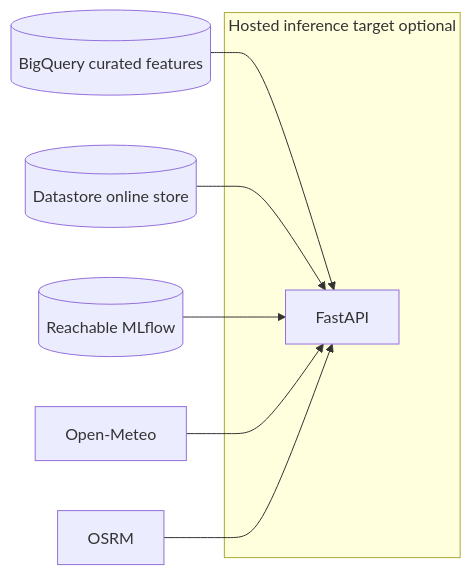
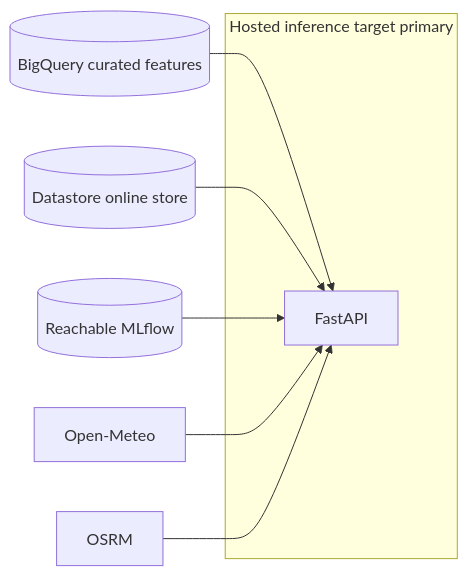
The fifth of 5 diagrams in docs/site/system/architecture.md (javihslu/foehncast), drawn with Mermaid before and after one commit. The commit also changed other lines of this file and 15 other files, not shown here.

Commit message:
feat(runtime): promote Cloud Run as primary hosted API

```diff
--- a/docs/site/system/architecture.md
+++ b/docs/site/system/architecture.md
@@ -131,11 +131,11 @@
 <div class="mermaid">
 flowchart LR
-    subgraph Run[Hosted inference target optional]
+    subgraph Run[Hosted inference target primary]
         RAPI[FastAPI]
     end
     BQ2[(BigQuery curated features)] --> RAPI
     DS2[(Datastore online store)] --> RAPI
     MLF2[(Reachable MLflow)] --> RAPI
     OME2[Open-Meteo] --> RAPI
     OSRM2[OSRM] --> RAPI
 </div>
```
